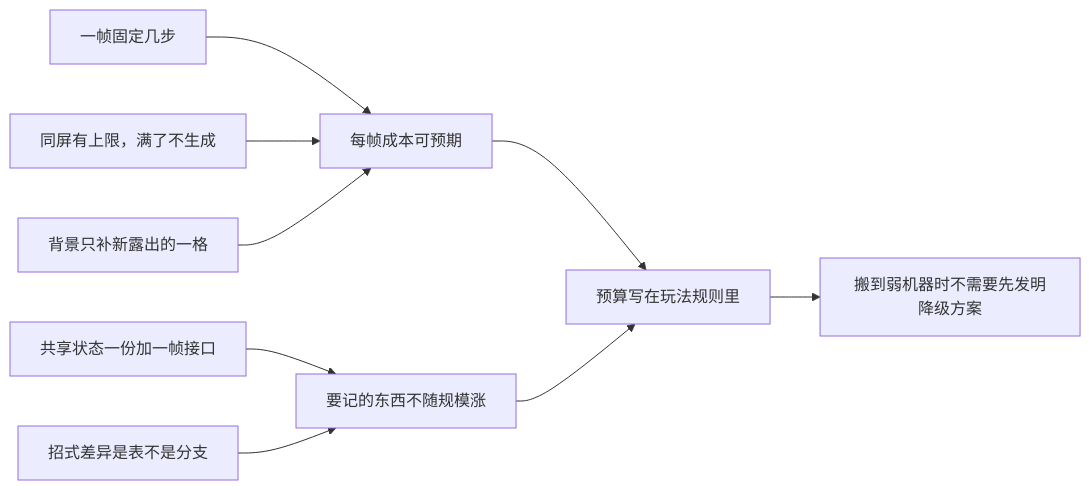
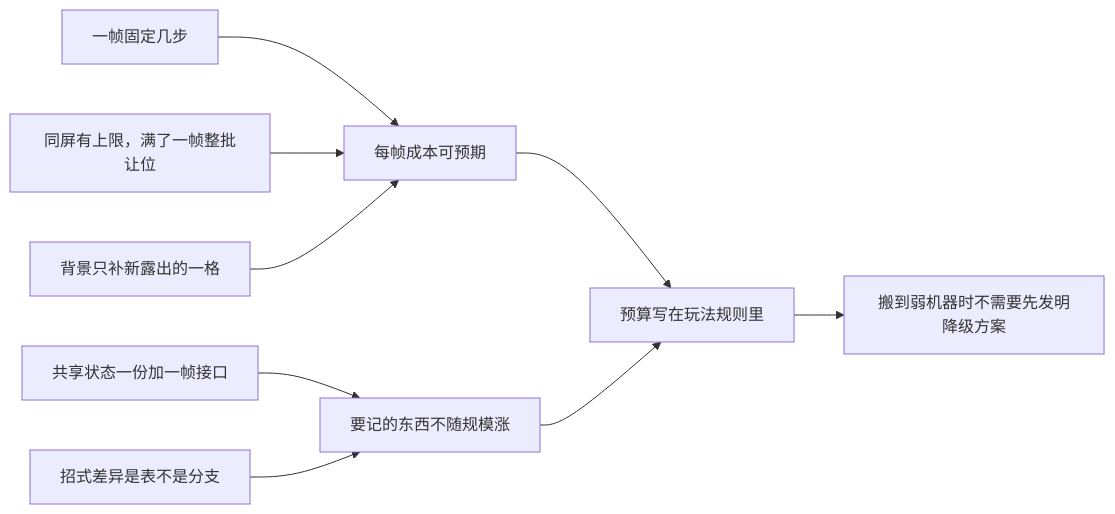
Before and after one commit to OrochiZ/cadillacs-and-dinosaurs-rust-remake: diagram 15 of 16 in notes/06-method.md, drawn with Mermaid. The commit also changed other lines of this file, not shown here.

````diff
--- a/notes/06-method.md
+++ b/notes/06-method.md
@@ -2160,11 +2160,11 @@
 ```mermaid
 flowchart LR
     A["一帧固定几步"] --> F["每帧成本可预期"]
-    B["同屏有上限，满了不生成"] --> F
+    B["同屏有上限，满了一帧整批让位"] --> F
     C["背景只补新露出的一格"] --> F
     D["共享状态一份加一帧接口"] --> G["要记的东西不随规模涨"]
     E["招式差异是表不是分支"] --> G
     F --> H["预算写在玩法规则里"]
     G --> H
     H --> I["搬到弱机器时不需要先发明降级方案"]
 ```
````
